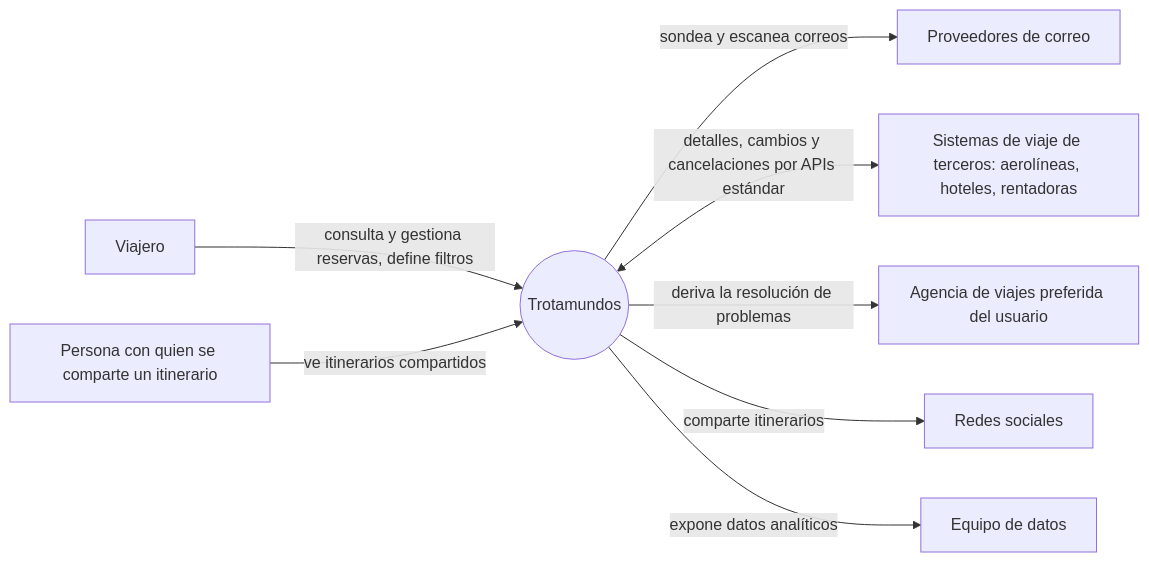
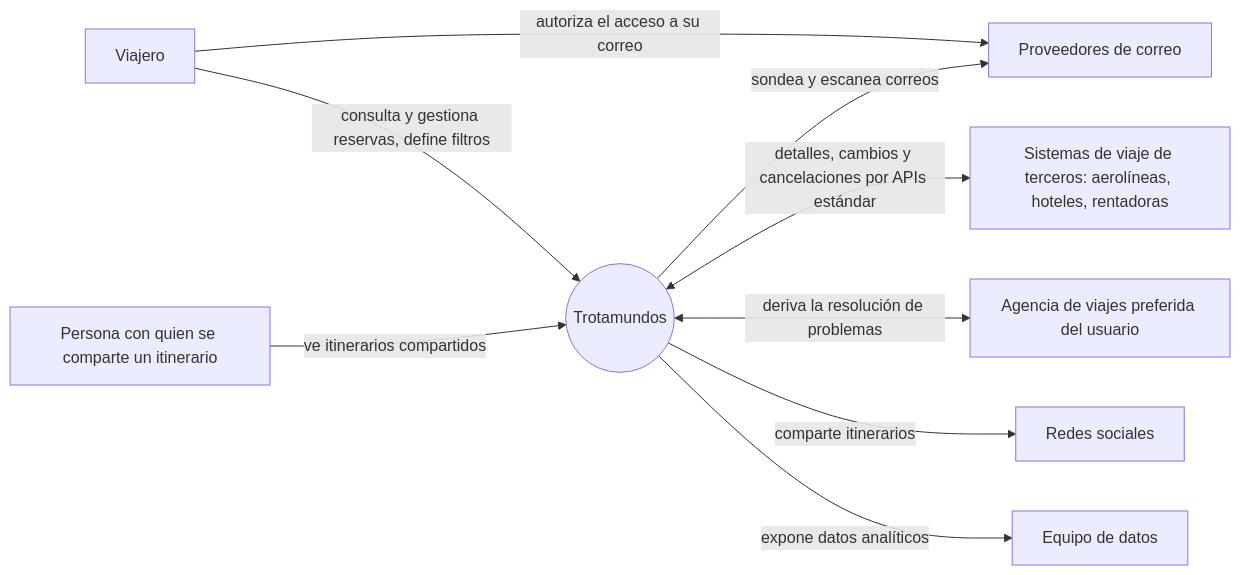
The diagram in trotamundos/docs/00-requirements/context-diagram.md (TadeoBrun1/TPE_software), drawn with Mermaid before and after one commit. The commit also changed other lines of this file and 6 other files, not shown here.

````diff
--- a/trotamundos/docs/00-requirements/context-diagram.md
+++ b/trotamundos/docs/00-requirements/context-diagram.md
@@ -8,19 +8,20 @@
 ```mermaid
 flowchart LR
     V["Viajero"]
     C["Persona con quien se comparte un itinerario"]
     T(("Trotamundos"))
     E["Proveedores de correo"]
     P["Sistemas de viaje de terceros: aerolíneas, hoteles, rentadoras"]
     A["Agencia de viajes preferida del usuario"]
     S["Redes sociales"]
     D["Equipo de datos"]
 
     V -->|"consulta y gestiona reservas, define filtros"| T
     C -->|"ve itinerarios compartidos"| T
+    V -->|"autoriza el acceso a su correo"| E
     T -->|"sondea y escanea correos"| E
     T <-->|"detalles, cambios y cancelaciones por APIs estándar"| P
-    T -->|"deriva la resolución de problemas"| A
+    T <-->|"deriva la resolución de problemas"| A
     T -->|"comparte itinerarios"| S
     T -->|"expone datos analíticos"| D
 ```
````
